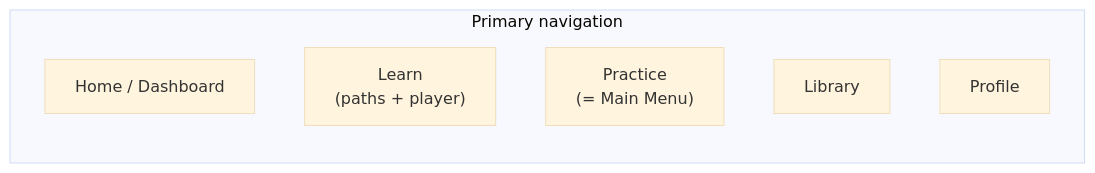
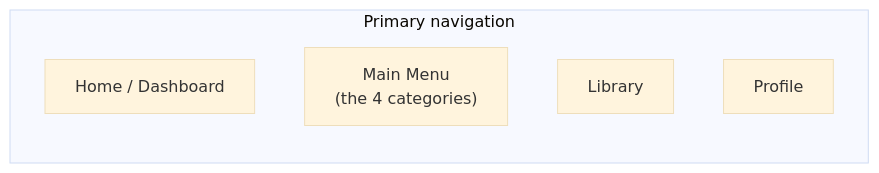
Before and after one commit to IndraKar/keyboard-app: the diagram in docs/03-screen-map.md, drawn with Mermaid (base theme). The commit also changed other lines of this file and 5 other files, not shown here.

````diff
--- a/docs/03-screen-map.md
+++ b/docs/03-screen-map.md
@@ -9,10 +13,9 @@
 ```mermaid
 flowchart LR
     subgraph Tabs["Primary navigation"]
         Home["Home / Dashboard"]
-        Learn["Learn<br/>(paths + player)"]
-        Practice["Practice<br/>(= Main Menu)"]
+        MainMenu["Main Menu<br/>(the 4 categories)"]
         Library["Library"]
         Profile["Profile"]
     end
 ```
````
